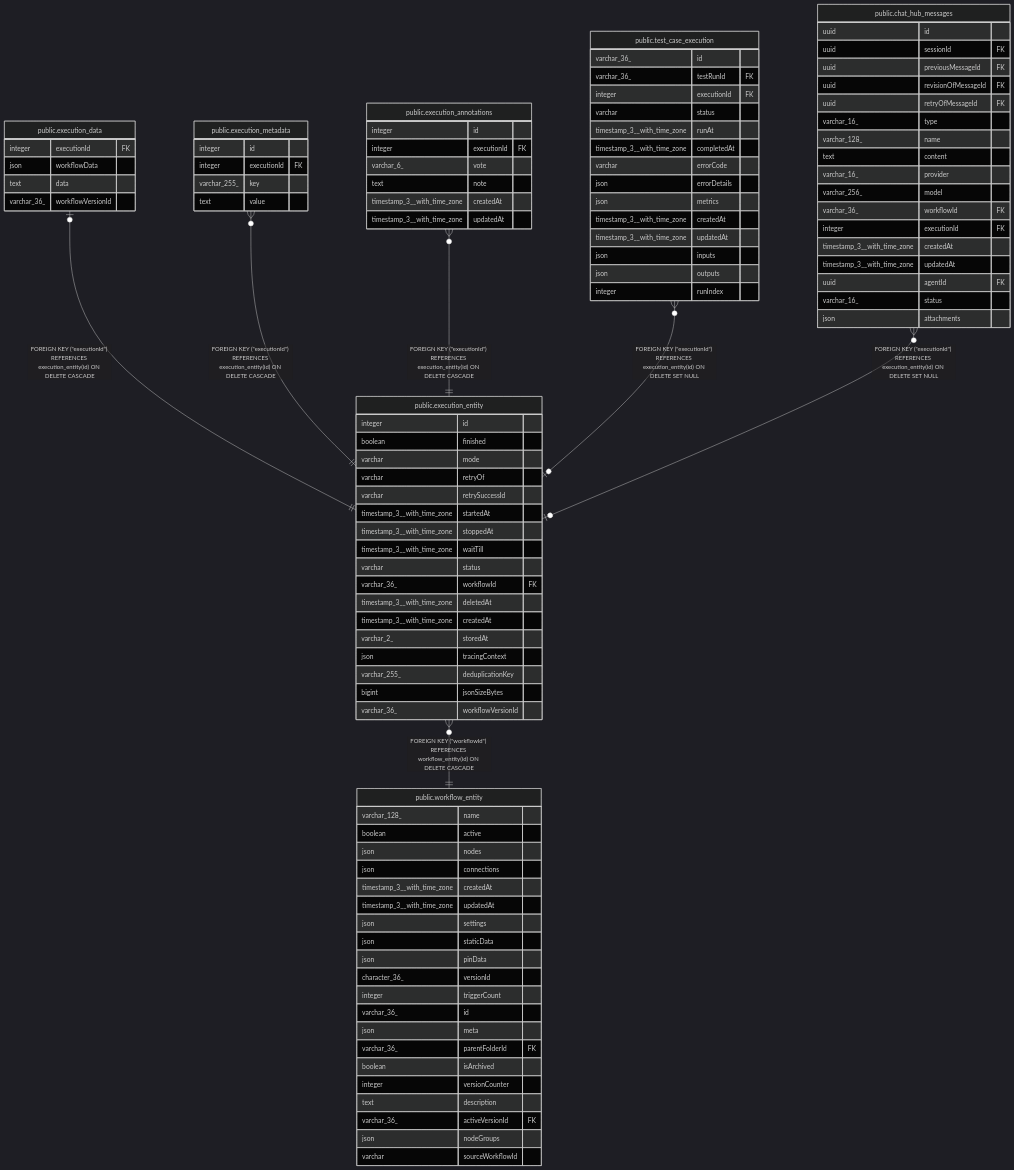
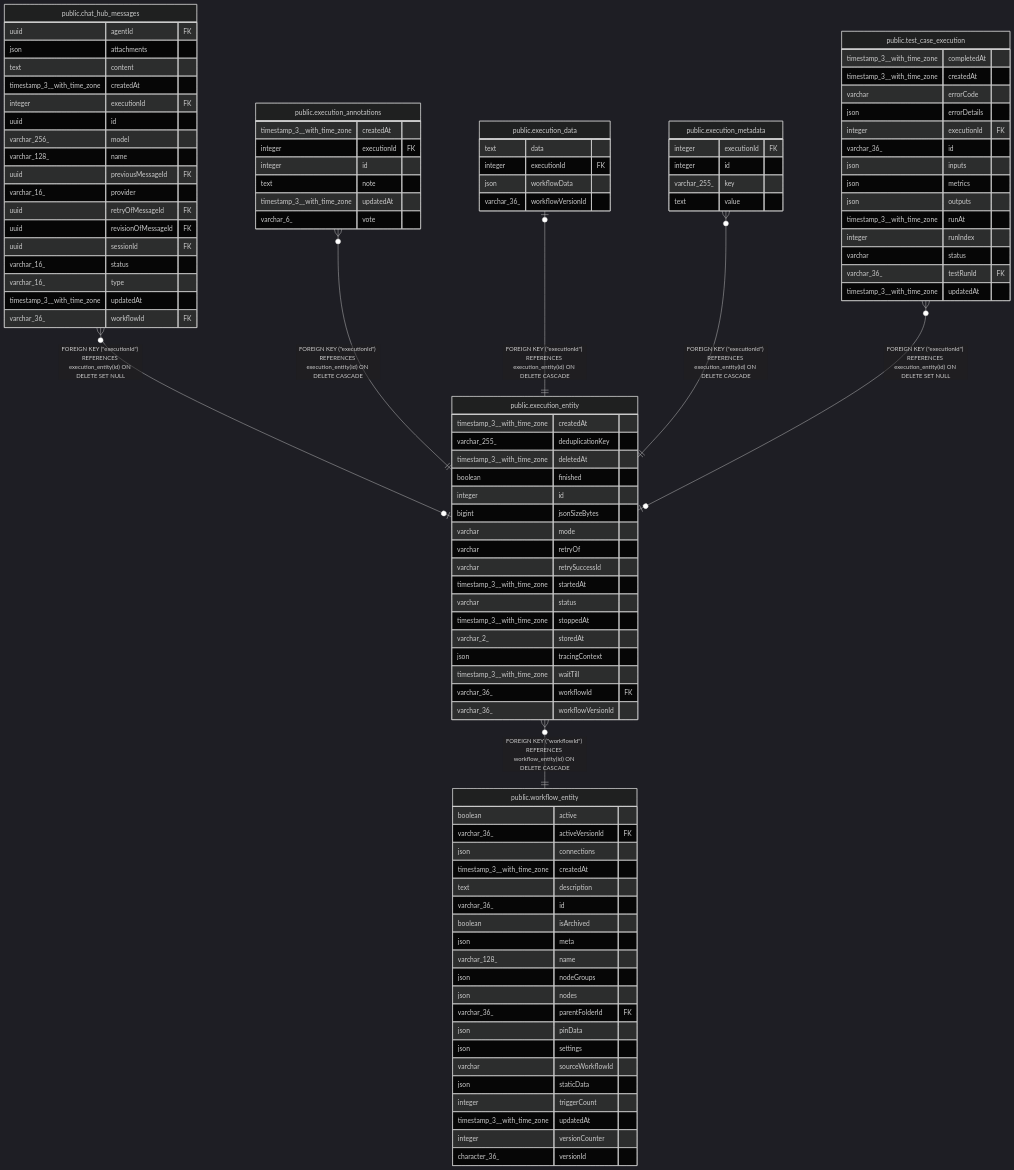
Before and after one commit to mayankjain1815-commits/n8n: the diagram in docs/generated/postgres-schema/public.execution_entity.md, drawn with Mermaid (dark theme). The commit also changed other lines of this file and 221 other files, not shown here.

Commit message:
chore(core): Make DB schema docs generation deterministic (#32373)

````diff
--- a/docs/generated/postgres-schema/public.execution_entity.md
+++ b/docs/generated/postgres-schema/public.execution_entity.md
@@ -55,107 +55,107 @@
 ```mermaid
 erDiagram
 
+"public.chat_hub_messages" }o--o| "public.execution_entity" : "FOREIGN KEY (#quot;executionId#quot;) REFERENCES execution_entity(id) ON DELETE SET NULL"
+"public.execution_annotations" }o--|| "public.execution_entity" : "FOREIGN KEY (#quot;executionId#quot;) REFERENCES execution_entity(id) ON DELETE CASCADE"
 "public.execution_data" |o--|| "public.execution_entity" : "FOREIGN KEY (#quot;executionId#quot;) REFERENCES execution_entity(id) ON DELETE CASCADE"
 "public.execution_metadata" }o--|| "public.execution_entity" : "FOREIGN KEY (#quot;executionId#quot;) REFERENCES execution_entity(id) ON DELETE CASCADE"
-"public.execution_annotations" }o--|| "public.execution_entity" : "FOREIGN KEY (#quot;executionId#quot;) REFERENCES execution_entity(id) ON DELETE CASCADE"
 "public.test_case_execution" }o--o| "public.execution_entity" : "FOREIGN KEY (#quot;executionId#quot;) REFERENCES execution_entity(id) ON DELETE SET NULL"
-"public.chat_hub_messages" }o--o| "public.execution_entity" : "FOREIGN KEY (#quot;executionId#quot;) REFERENCES execution_entity(id) ON DELETE SET NULL"
 "public.execution_entity" }o--|| "public.workflow_entity" : "FOREIGN KEY (#quot;workflowId#quot;) REFERENCES workflow_entity(id) ON DELETE CASCADE"
 
 "public.execution_entity" {
+  timestamp_3__with_time_zone createdAt
+  varchar_255_ deduplicationKey
+  timestamp_3__with_time_zone deletedAt
+  boolean finished
   integer id
-  boolean finished
+  bigint jsonSizeBytes
   varchar mode
   varchar retryOf
   varchar retrySuccessId
   timestamp_3__with_time_zone startedAt
+  varchar status
   timestamp_3__with_time_zone stoppedAt
-  timestamp_3__with_time_zone waitTill
-  varchar status
-  varchar_36_ workflowId FK
-  timestamp_3__with_time_zone deletedAt
-  timestamp_3__with_time_zone createdAt
   varchar_2_ storedAt
   json tracingContext
-  varchar_255_ deduplicationKey
-  bigint jsonSizeBytes
+  timestamp_3__with_time_zone waitTill
+  varchar_36_ workflowId FK
   varchar_36_ workflowVersionId
 }
+"public.chat_hub_messages" {
+  uuid agentId FK
+  json attachments
+  text content
+  timestamp_3__with_time_zone createdAt
+  integer executionId FK
+  uuid id
+  varchar_256_ model
+  varchar_128_ name
+  uuid previousMessageId FK
+  varchar_16_ provider
+  uuid retryOfMessageId FK
+  uuid revisionOfMessageId FK
+  uuid sessionId FK
+  varchar_16_ status
+  varchar_16_ type
+  timestamp_3__with_time_zone updatedAt
+  varchar_36_ workflowId FK
+}
+"public.execution_annotations" {
+  timestamp_3__with_time_zone createdAt
+  integer executionId FK
+  integer id
+  text note
+  timestamp_3__with_time_zone updatedAt
+  varchar_6_ vote
+}
 "public.execution_data" {
+  text data
   integer executionId FK
   json workflowData
-  text data
   varchar_36_ workflowVersionId
 }
 "public.execution_metadata" {
+  integer executionId FK
   integer id
-  integer executionId FK
   varchar_255_ key
   text value
 }
-"public.execution_annotations" {
-  integer id
+"public.test_case_execution" {
+  timestamp_3__with_time_zone completedAt
+  timestamp_3__with_time_zone createdAt
+  varchar errorCode
+  json errorDetails
   integer executionId FK
-  varchar_6_ vote
-  text note
-  timestamp_3__with_time_zone createdAt
+  varchar_36_ id
+  json inputs
+  json metrics
+  json outputs
+  timestamp_3__with_time_zone runAt
+  integer runIndex
+  varchar status
+  varchar_36_ testRunId FK
   timestamp_3__with_time_zone updatedAt
 }
-"public.test_case_execution" {
-  varchar_36_ id
-  varchar_36_ testRunId FK
-  integer executionId FK
-  varchar status
-  timestamp_3__with_time_zone runAt
-  timestamp_3__with_time_zone completedAt
-  varchar errorCode
-  json errorDetails
-  json metrics
-  timestamp_3__with_time_zone createdAt
-  timestamp_3__with_time_zone updatedAt
-  json inputs
-  json outputs
-  integer runIndex
-}
-"public.chat_hub_messages" {
-  uuid id
-  uuid sessionId FK
-  uuid previousMessageId FK
-  uuid revisionOfMessageId FK
-  uuid retryOfMessageId FK
-  varchar_16_ type
-  varchar_128_ name
-  text content
-  varchar_16_ provider
-  varchar_256_ model
-  varchar_36_ workflowId FK
-  integer executionId FK
-  timestamp_3__with_time_zone createdAt
-  timestamp_3__with_time_zone updatedAt
-  uuid agentId FK
-  varchar_16_ status
-  json attachments
-}
 "public.workflow_entity" {
-  varchar_128_ name
   boolean active
-  json nodes
+  varchar_36_ activeVersionId FK
   json connections
   timestamp_3__with_time_zone createdAt
+  text description
+  varchar_36_ id
+  boolean isArchived
+  json meta
+  varchar_128_ name
+  json nodeGroups
+  json nodes
+  varchar_36_ parentFolderId FK
+  json pinData
+  json settings
+  varchar sourceWorkflowId
+  json staticData
+  integer triggerCount
   timestamp_3__with_time_zone updatedAt
-  json settings
-  json staticData
-  json pinData
+  integer versionCounter
   character_36_ versionId
-  integer triggerCount
-  varchar_36_ id
-  json meta
-  varchar_36_ parentFolderId FK
-  boolean isArchived
-  integer versionCounter
-  text description
-  varchar_36_ activeVersionId FK
-  json nodeGroups
-  varchar sourceWorkflowId
 }
 ```
````
